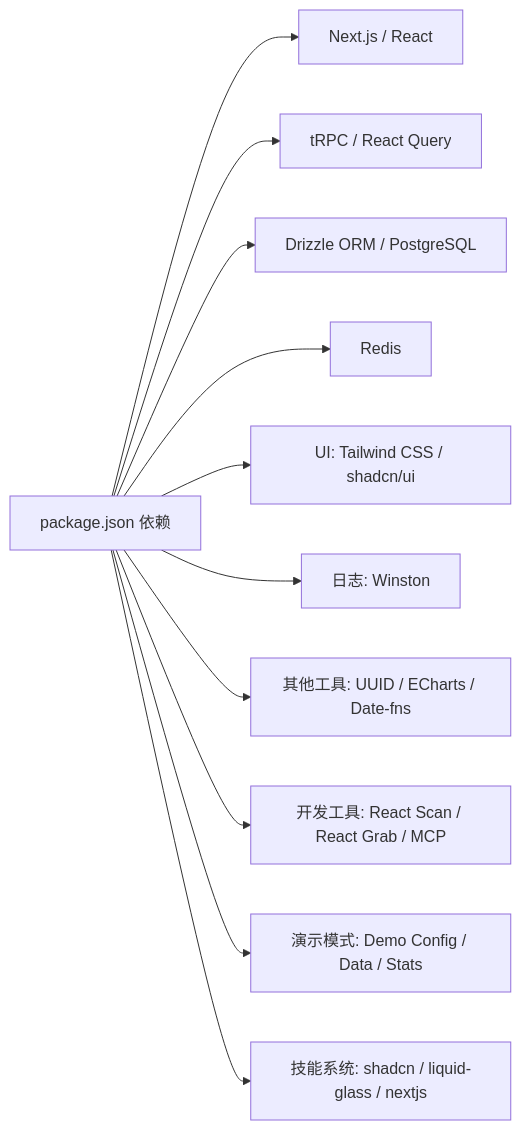
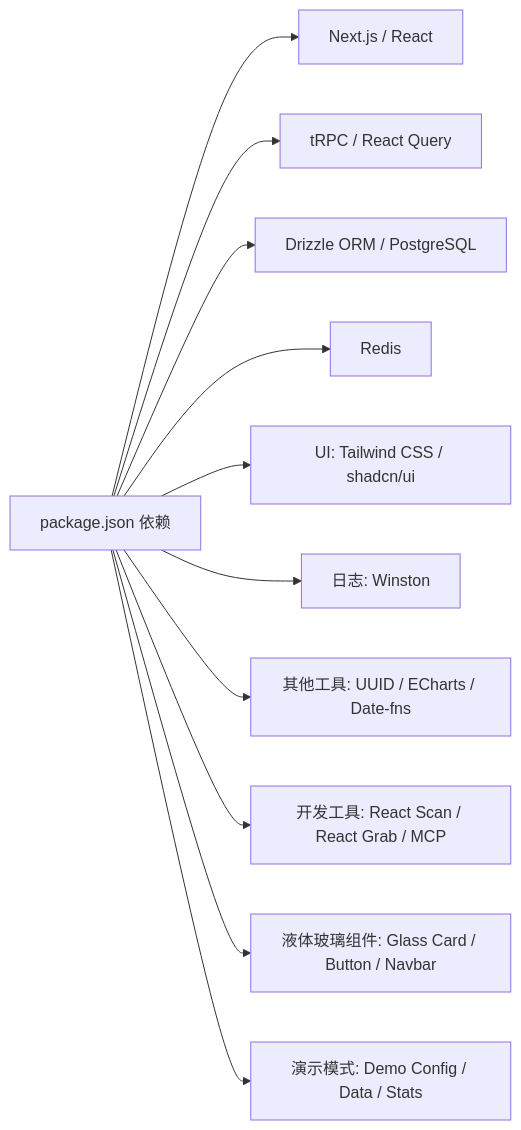
The third of 3 diagrams in .qoder/repowiki/zh/content/开发指南/开发指南.md (RadiumAg/AIGate), drawn with Mermaid before and after one commit. The commit also changed other lines of this file and 15 other files, not shown here.

````diff
--- a/.qoder/repowiki/zh/content/开发指南/开发指南.md
+++ b/.qoder/repowiki/zh/content/开发指南/开发指南.md
@@ -588,13 +882,13 @@
 ```mermaid
 graph LR
 P["package.json 依赖"] --> N["Next.js / React"]
 P --> T["tRPC / React Query"]
 P --> D["Drizzle ORM / PostgreSQL"]
 P --> R["Redis"]
 P --> U["UI: Tailwind CSS / shadcn/ui"]
 P --> L["日志: Winston"]
 P --> O["其他工具: UUID / ECharts / Date-fns"]
 P --> DEV["开发工具: React Scan / React Grab / MCP"]
+P --> GLASS["液体玻璃组件: Glass Card / Button / Navbar"]
 P --> DEMO["演示模式: Demo Config / Data / Stats"]
-P --> SKILLS["技能系统: shadcn / liquid-glass / nextjs"]
 ```
````
